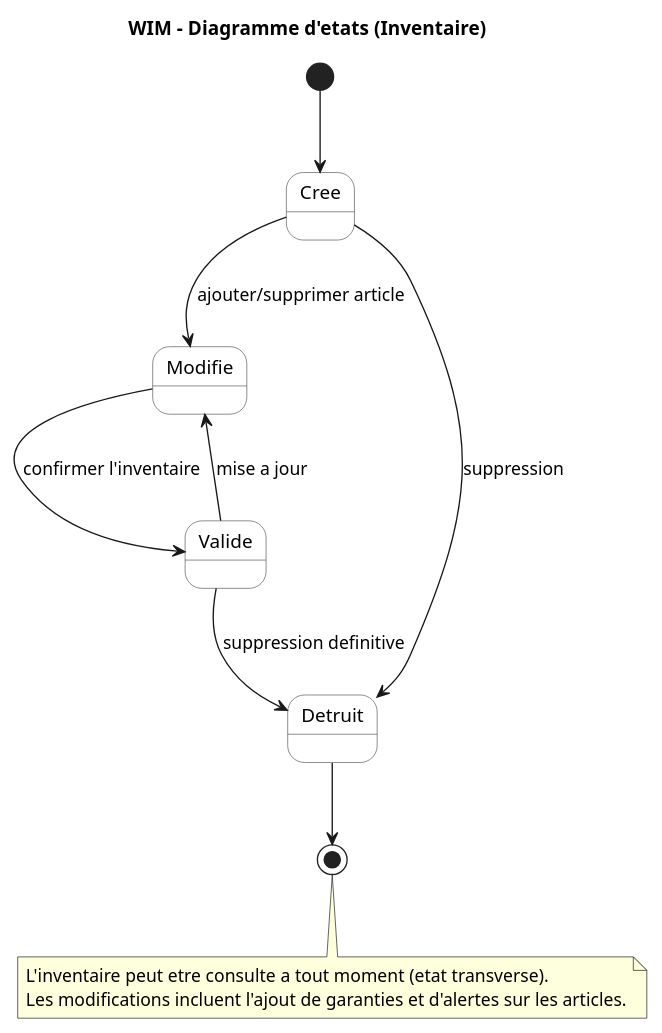
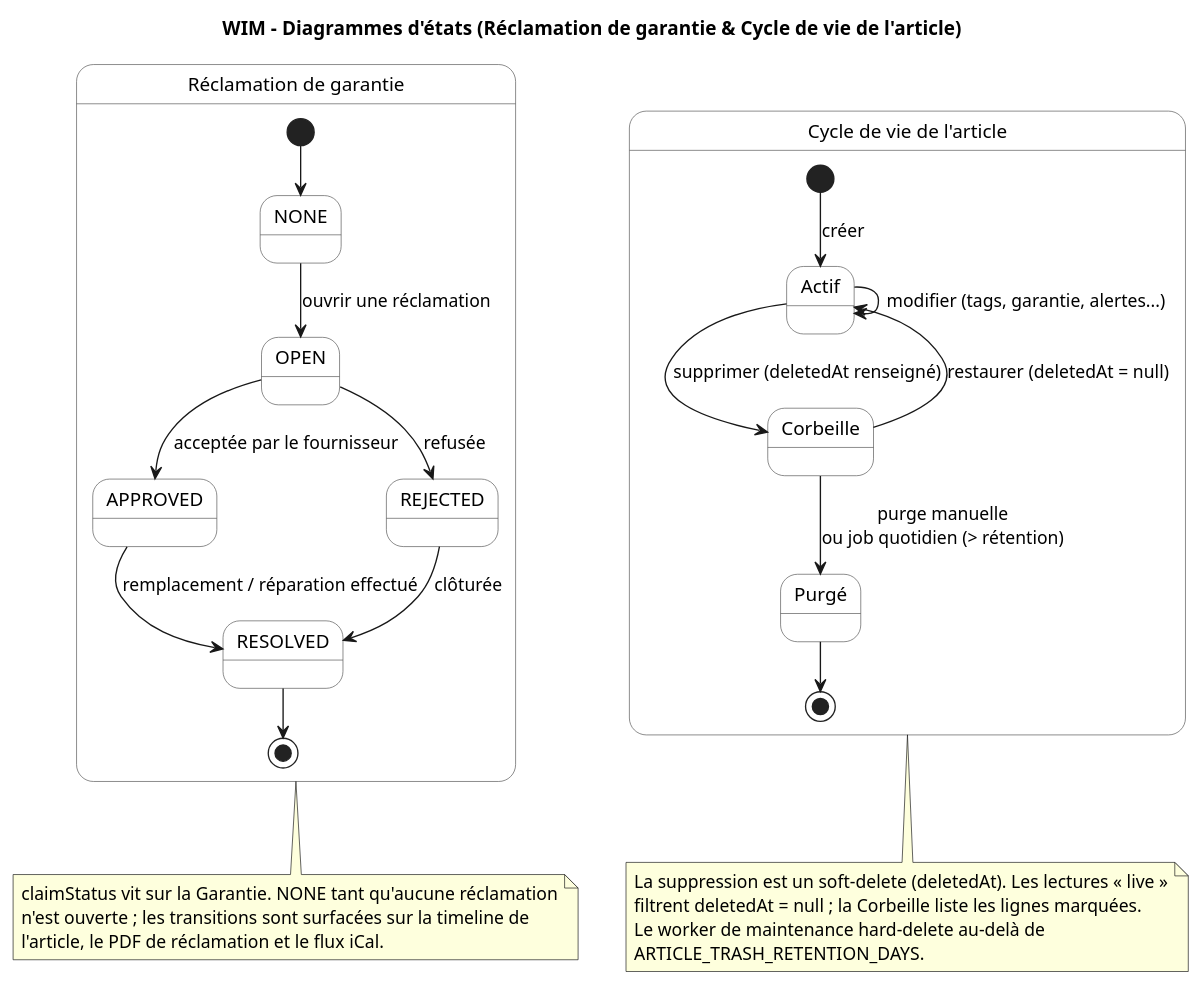
Before and after one commit to SGCSBorges/WIM: the diagram in docs/uml/05-state-inventory.puml, drawn with PlantUML. The commit also changed 7 other files, not shown here.

First line of the commit message:
docs(uml): update stale diagrams to current system + add sharing/deploy/alert

```diff
--- a/docs/uml/05-state-inventory.puml
+++ b/docs/uml/05-state-inventory.puml
@@ -1,22 +1,42 @@
 @startuml
-title WIM – Diagramme d'etats (Inventaire)
+title WIM – Diagrammes d'états (Réclamation de garantie & Cycle de vie de l'article)
 
 skinparam state {
   BackgroundColor #ffffff
   BorderColor #555555
 }
-[*] --> Cree
 
-Cree --> Modifie : ajouter/supprimer article
-Modifie --> Valide : confirmer l'inventaire
-Valide --> Modifie : mise a jour
-Cree --> Detruit : suppression
-Valide --> Detruit : suppression definitive
+' --- (a) Workflow de réclamation de garantie (enum ClaimStatus) ---
+state "Réclamation de garantie" as Claim {
+  [*] --> NONE
+  NONE --> OPEN : ouvrir une réclamation
+  OPEN --> APPROVED : acceptée par le fournisseur
+  OPEN --> REJECTED : refusée
+  APPROVED --> RESOLVED : remplacement / réparation effectué
+  REJECTED --> RESOLVED : clôturée
+  RESOLVED --> [*]
+}
 
-Detruit --> [*]
+' --- (b) Cycle de vie de l'article (soft-delete + corbeille) ---
+state "Cycle de vie de l'article" as Lifecycle {
+  [*] --> Actif : créer
+  Actif --> Actif : modifier (tags, garantie, alertes...)
+  Actif --> Corbeille : supprimer (deletedAt renseigné)
+  Corbeille --> Actif : restaurer (deletedAt = null)
+  Corbeille --> Purgé : purge manuelle\nou job quotidien (> rétention)
+  Purgé --> [*]
+}
 
-note bottom
-L'inventaire peut etre consulte a tout moment (etat transverse).
-Les modifications incluent l'ajout de garanties et d'alertes sur les articles.
+note bottom of Claim
+claimStatus vit sur la Garantie. NONE tant qu'aucune réclamation
+n'est ouverte ; les transitions sont surfacées sur la timeline de
+l'article, le PDF de réclamation et le flux iCal.
+end note
+
+note bottom of Lifecycle
+La suppression est un soft-delete (deletedAt). Les lectures « live »
+filtrent deletedAt = null ; la Corbeille liste les lignes marquées.
+Le worker de maintenance hard-delete au-delà de
+ARTICLE_TRASH_RETENTION_DAYS.
 end note
 @enduml
```
